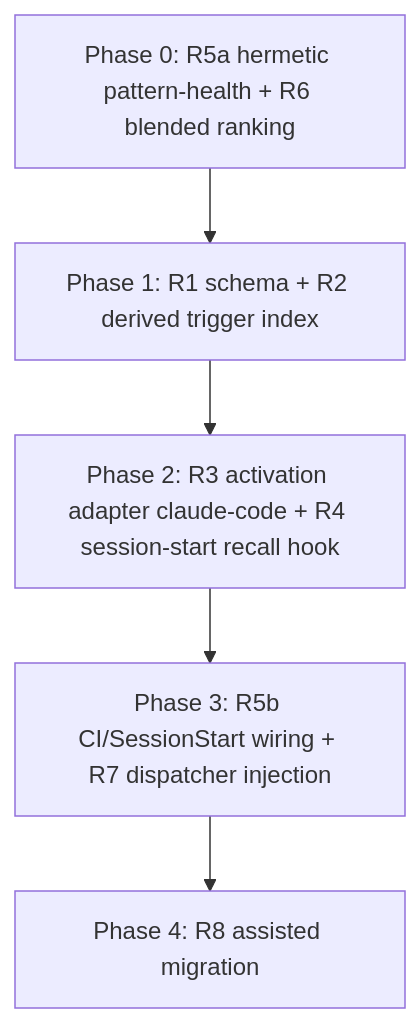
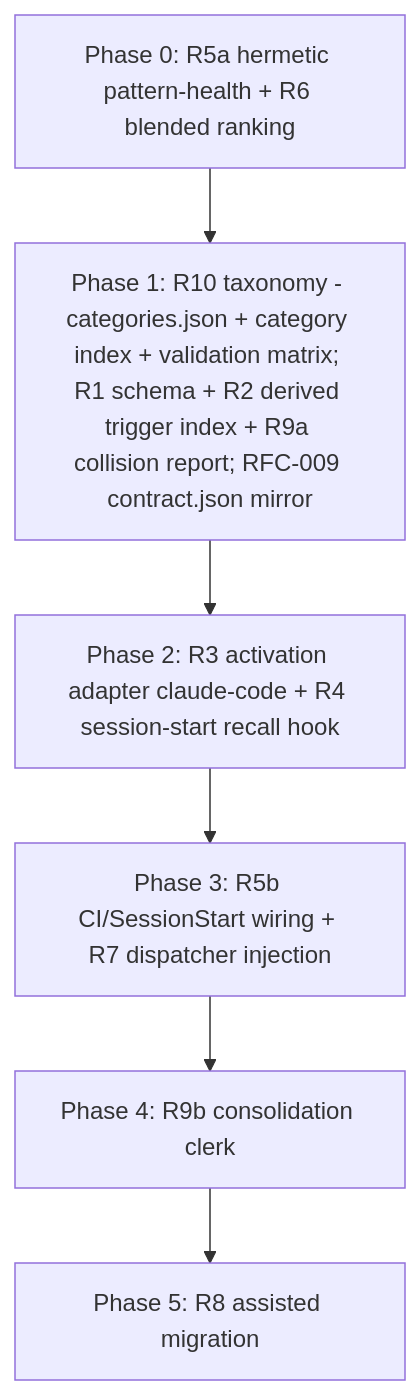
One commit to lantisprime/episodic-memory changed the diagram in docs/rfcs/RFC-009-lesson-activation.md. Above: the diagram before and after it, drawn with Mermaid. The commit also changed other lines of this file and 1 other file, not shown here.

First line of the commit message:
RFC-009: activation refinements + R10 memory taxonomy (category vs tags)

````diff
--- a/docs/rfcs/RFC-009-lesson-activation.md
+++ b/docs/rfcs/RFC-009-lesson-activation.md
@@ -133,13 +311,15 @@
 ```mermaid
 graph TD
     P0[Phase 0: R5a hermetic pattern-health + R6 blended ranking]
-    P1[Phase 1: R1 schema + R2 derived trigger index]
+    P1[Phase 1: R10 taxonomy - categories.json + category index + validation matrix; R1 schema + R2 derived trigger index + R9a collision report; RFC-009 contract.json mirror]
     P2[Phase 2: R3 activation adapter claude-code + R4 session-start recall hook]
     P3[Phase 3: R5b CI/SessionStart wiring + R7 dispatcher injection]
-    P4[Phase 4: R8 assisted migration]
+    P4[Phase 4: R9b consolidation clerk]
+    P5[Phase 5: R8 assisted migration]
 
     P0 --> P1
     P1 --> P2
     P2 --> P3
     P3 --> P4
+    P4 --> P5
 ```
````
